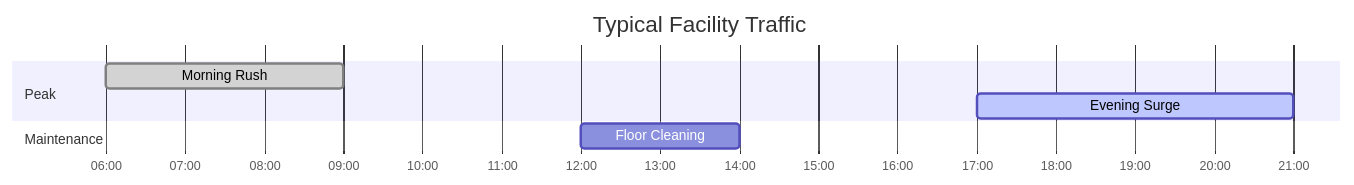
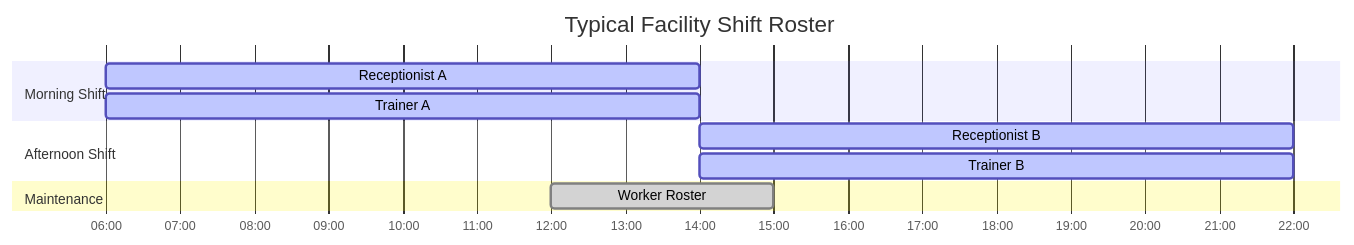
One commit to Eternalcodertanishq3/Advanced-Gym-Portal changed the second of 5 diagrams in docs/admin.md. Above: the diagram before and after it, drawn with Mermaid. The commit also changed other lines of this file and 9 other files, not shown here.

Commit message:
docs: expand remaining docs to exceed 300 lines each with Mermaid system flowcharts

````diff
--- a/docs/admin.md
+++ b/docs/admin.md
@@ -60,11 +113,14 @@
 ```mermaid
 gantt
-    title Typical Facility Traffic
+    title Typical Facility Shift Roster
     dateFormat  HH:mm
     axisFormat %H:%M
-    section Peak
-    Morning Rush     :done, 06:00, 09:00
-    Evening Surge    :active, 17:00, 21:00
+    section Morning Shift
+    Receptionist A  :active, 06:00, 14:00
+    Trainer A       :active, 06:00, 14:00
+    section Afternoon Shift
+    Receptionist B  :active, 14:00, 22:00
+    Trainer B       :active, 14:00, 22:00
     section Maintenance
-    Floor Cleaning   :12:00, 14:00
+    Worker Roster   :done, 12:00, 15:00
 ```
````
